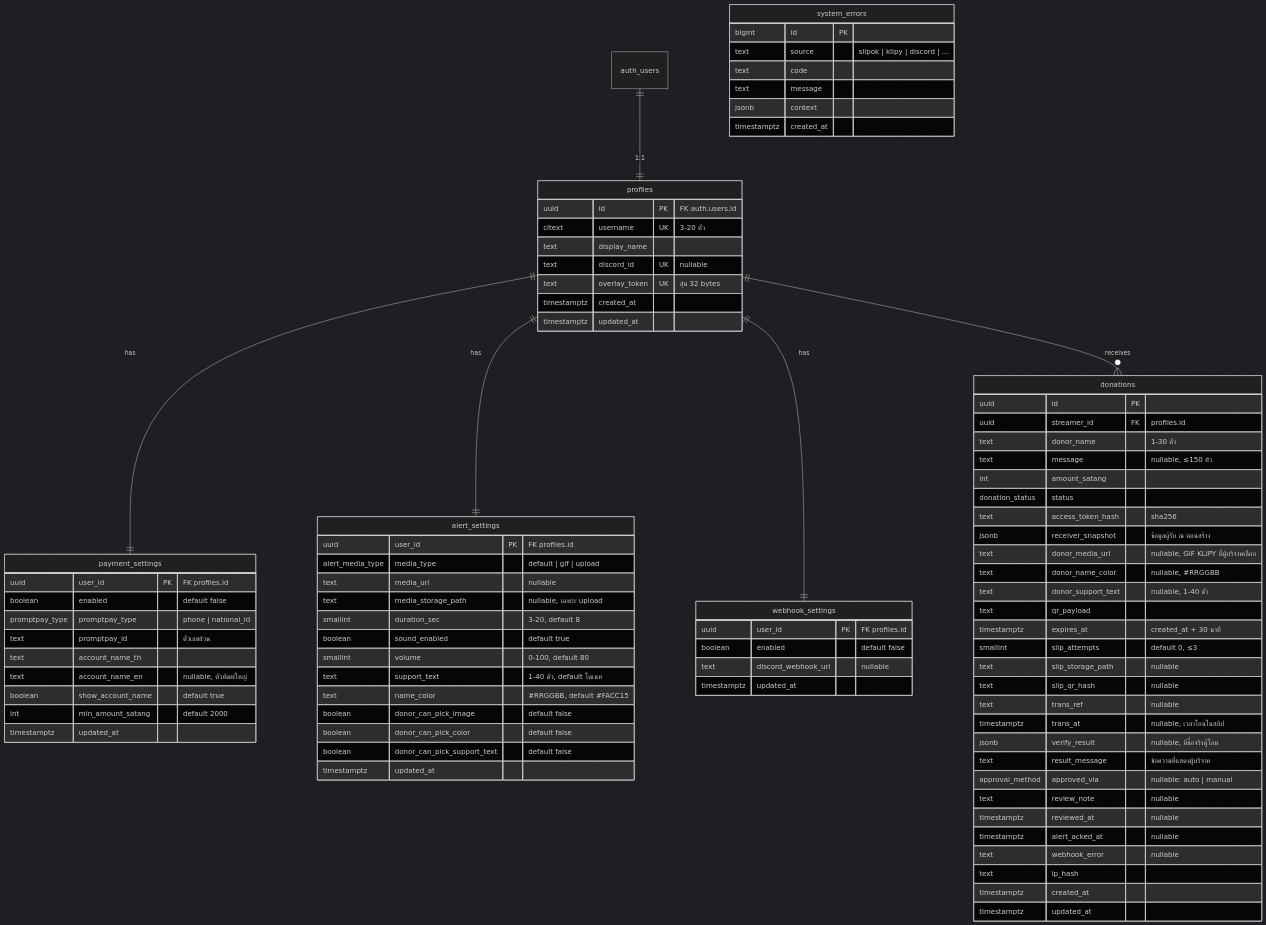
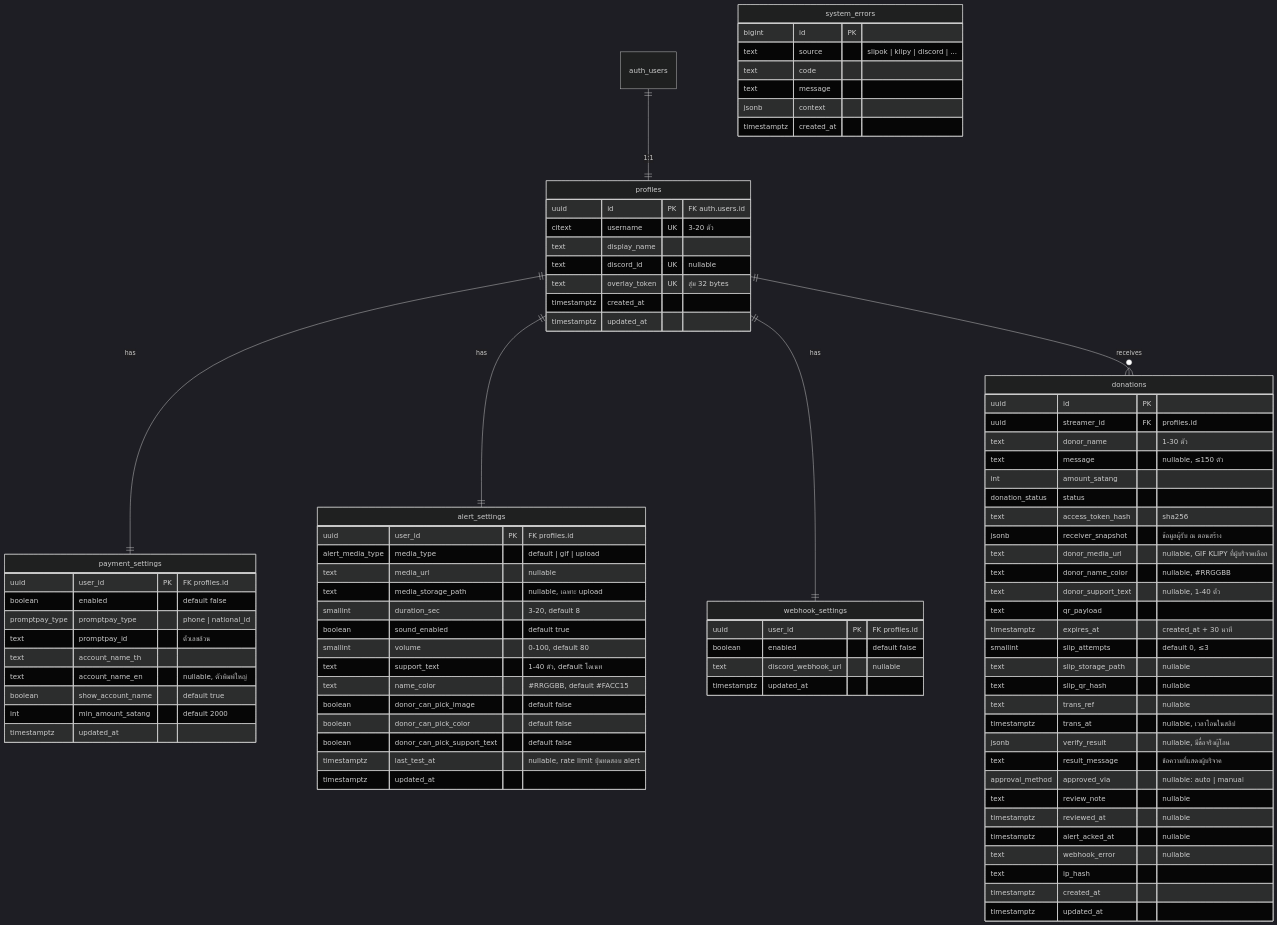
One commit to autosuwan/kortangnoi changed the diagram in docs/er.md. Above: the diagram before and after it, drawn with Mermaid (dark theme). The commit also changed other lines of this file and 23 other files, not shown here.

First line of the commit message:
F4: OBS overlay with realtime alerts, OBS link card and test alert

```diff
--- a/docs/er.md
+++ b/docs/er.md
@@ -45,6 +45,7 @@
     boolean donor_can_pick_image "default false"
     boolean donor_can_pick_color "default false"
     boolean donor_can_pick_support_text "default false"
+    timestamptz last_test_at "nullable, rate limit ปุ่มทดสอบ alert"
     timestamptz updated_at
   }
 
```
